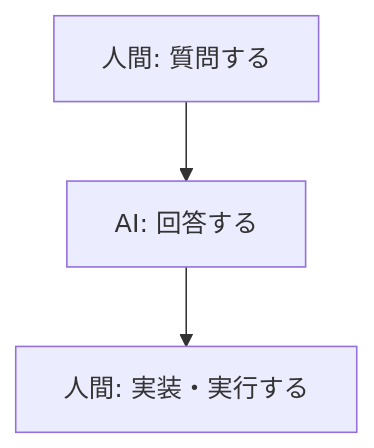
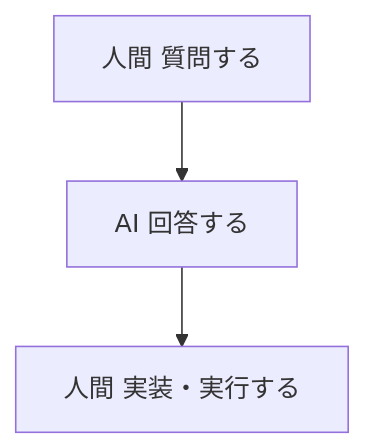
One commit to shoma-endo/claude-code-personal-docs changed the second of 7 diagrams in docs/training/claude-code-personal/claude-code-personal-training.md. Above: the diagram before and after it, drawn with Mermaid. The commit also changed other lines of this file, not shown here.

````diff
--- a/docs/training/claude-code-personal/claude-code-personal-training.md
+++ b/docs/training/claude-code-personal/claude-code-personal-training.md
@@ -178,7 +178,7 @@
 ```mermaid
 flowchart TD
-  Q["人間: 質問する"]
-  A["AI: 回答する"]
-  H["人間: 実装・実行する"]
+  Q["人間 質問する"]
+  A["AI 回答する"]
+  H["人間 実装・実行する"]
   Q --> A --> H
 ```
````
